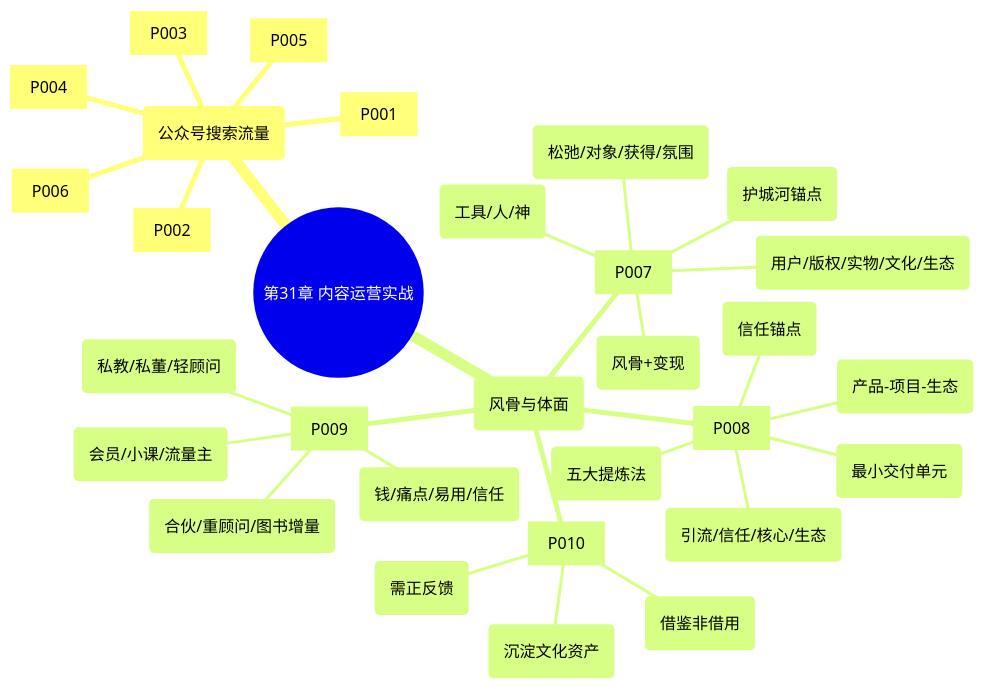
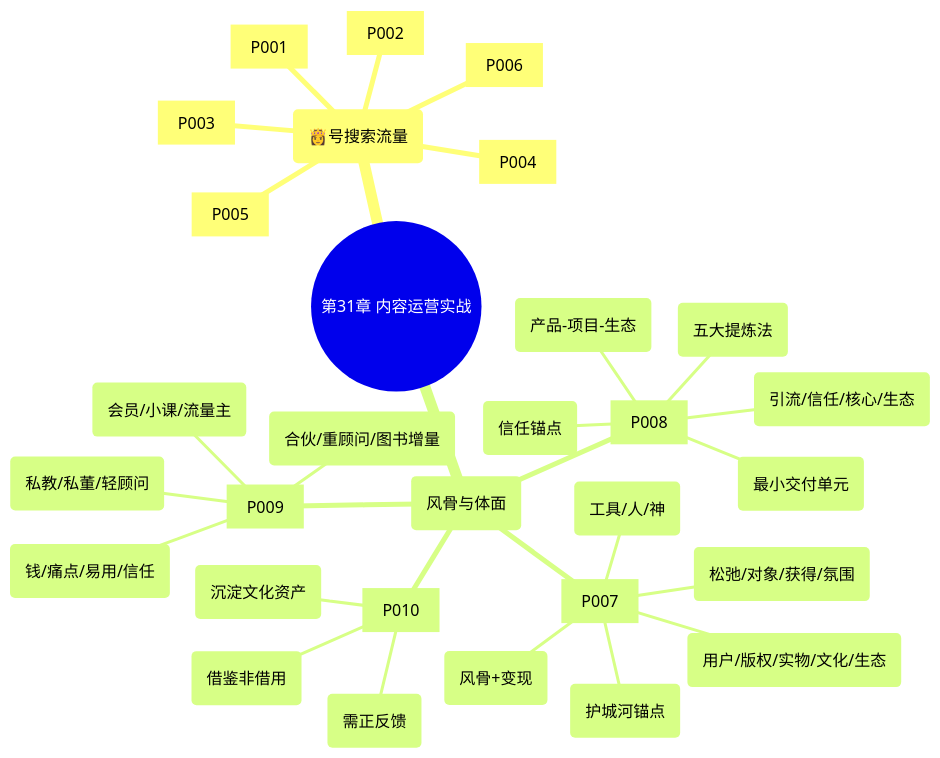
Before and after one commit to OpenDocCN1/flygon-zhuanqian-zhoubao: the first of 12 diagrams in docs/202301-02_paper2textbook/asset/body_fix_311cd63adfab480ea5ba007413c09a8f_c9c1c58ba5aade8800b888b0a6c70483_beb1d64e9e875af1546092bf3d4a6d4a_15e5623c070778b35f7eff34ca4690da.md, drawn with Mermaid. The commit also changed other lines of this file and 6688 other files, not shown here.

````diff
--- a/docs/202301-02_paper2textbook/asset/body_fix_311cd63adfab480ea5ba007413c09a8f_c9c1c58ba5aade8800b888b0a6c70483_beb1d64e9e875af1546092bf3d4a6d4a_15e5623c070778b35f7eff34ca4690da.md
+++ b/docs/202301-02_paper2textbook/asset/body_fix_311cd63adfab480ea5ba007413c09a8f_c9c1c58ba5aade8800b888b0a6c70483_beb1d64e9e875af1546092bf3d4a6d4a_15e5623c070778b35f7eff34ca4690da.md
@@ -25,33 +25,33 @@
 ```mermaid
 mindmap
   root((第31章 内容运营实战))
-    热点收割技术体系(公众号搜索流量)
+    热点收割技术体系(👸号搜索流量)
       搜索流量追热点[P001]
       批量做号矩阵[P002]
       爆款文章撰写法[P003]
       爆款标题双法[P004]
       流量承接双模块[P005]
       手动文中广告位[P006]
     个人IP长期打造体系(风骨与体面)
       IP地基12345框架[P007]
         1个母题(护城河锚点)
         2层基因(风骨+变现)
         3重身份(工具/人/神)
         4级观感(松弛/对象/获得/氛围)
         5份资产(用户/版权/实物/文化/生态)
       内容体系五件套[P008]
         四级内容架构(引流/信任/核心/生态)
         一套独有理论(五大提炼法)
         一个十年故事(信任锚点)
         一份百问百答(最小交付单元)
         一份点线面打通路径(产品-项目-生态)
       千万营收模型[P009]
         标品层(会员/小课/流量主)
         服务层(私教/私董/轻顾问)
         深度层(合伙/重顾问/图书增量)
         4近原则(钱/痛点/易用/信任)
       IP长期主义三大铁律[P010]
         不信天道酬勤(需正反馈)
         不走复刻路(借鉴非借用)
         不做无溢价事(沉淀文化资产)
 ```
````
